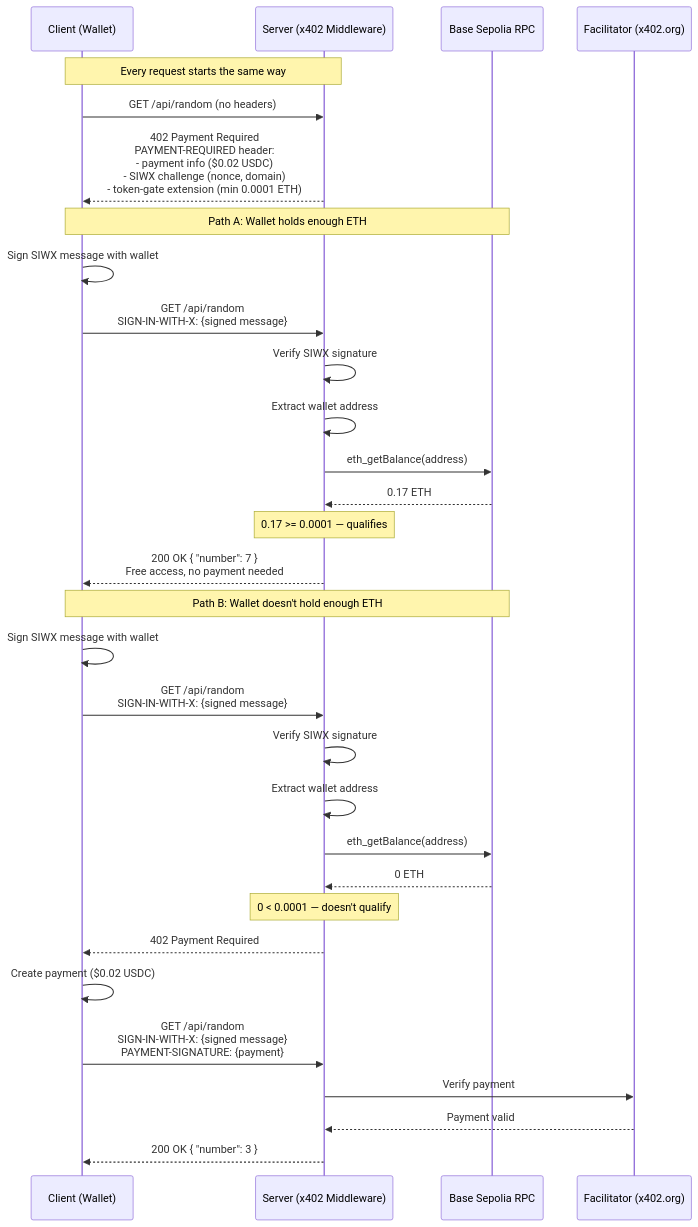
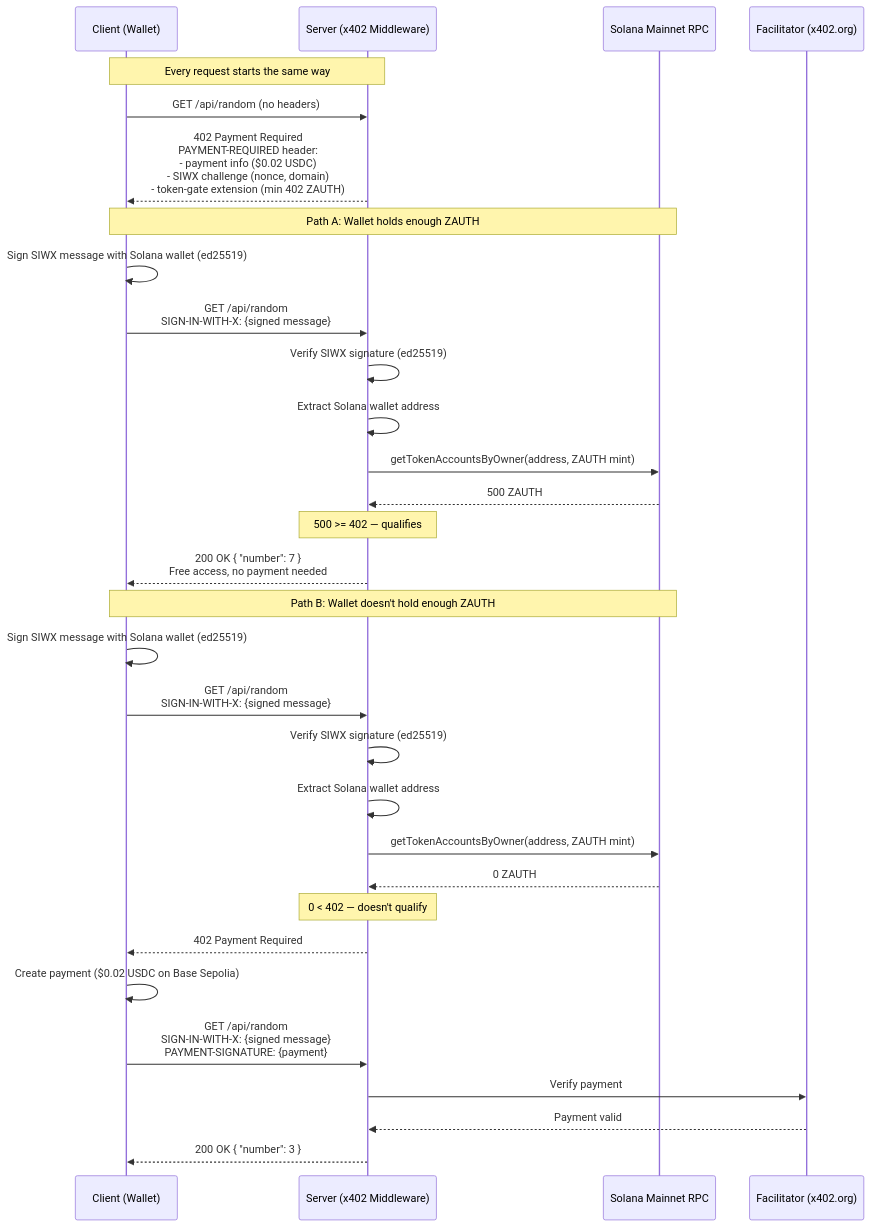
One commit to Must-be-Ash/siwx-token-gating changed the diagram in GUIDE.md. Above: the diagram before and after it, drawn with Mermaid. The commit also changed other lines of this file and 9 other files, not shown here.

````diff
--- a/GUIDE.md
+++ b/GUIDE.md
@@ -23,40 +23,40 @@
 ```mermaid
 sequenceDiagram
     participant C as Client (Wallet)
     participant S as Server (x402 Middleware)
-    participant R as Base Sepolia RPC
+    participant R as Solana Mainnet RPC
     participant F as Facilitator (x402.org)
 
     Note over C,S: Every request starts the same way
 
     C->>S: GET /api/random (no headers)
-    S-->>C: 402 Payment Required<br/>PAYMENT-REQUIRED header:<br/>- payment info ($0.02 USDC)<br/>- SIWX challenge (nonce, domain)<br/>- token-gate extension (min 0.0001 ETH)
+    S-->>C: 402 Payment Required<br/>PAYMENT-REQUIRED header:<br/>- payment info ($0.02 USDC)<br/>- SIWX challenge (nonce, domain)<br/>- token-gate extension (min 402 ZAUTH)
 
-    Note over C,R: Path A: Wallet holds enough ETH
+    Note over C,R: Path A: Wallet holds enough ZAUTH
 
-    C->>C: Sign SIWX message with wallet
+    C->>C: Sign SIWX message with Solana wallet (ed25519)
     C->>S: GET /api/random<br/>SIGN-IN-WITH-X: {signed message}
-    S->>S: Verify SIWX signature
-    S->>S: Extract wallet address
-    S->>R: eth_getBalance(address)
-    R-->>S: 0.17 ETH
-    Note over S: 0.17 >= 0.0001 — qualifies
+    S->>S: Verify SIWX signature (ed25519)
+    S->>S: Extract Solana wallet address
+    S->>R: getTokenAccountsByOwner(address, ZAUTH mint)
+    R-->>S: 500 ZAUTH
+    Note over S: 500 >= 402 — qualifies
     S-->>C: 200 OK { "number": 7 }<br/>Free access, no payment needed
 
-    Note over C,R: Path B: Wallet doesn't hold enough ETH
+    Note over C,R: Path B: Wallet doesn't hold enough ZAUTH
 
-    C->>C: Sign SIWX message with wallet
+    C->>C: Sign SIWX message with Solana wallet (ed25519)
     C->>S: GET /api/random<br/>SIGN-IN-WITH-X: {signed message}
-    S->>S: Verify SIWX signature
-    S->>S: Extract wallet address
-    S->>R: eth_getBalance(address)
-    R-->>S: 0 ETH
-    Note over S: 0 < 0.0001 — doesn't qualify
+    S->>S: Verify SIWX signature (ed25519)
+    S->>S: Extract Solana wallet address
+    S->>R: getTokenAccountsByOwner(address, ZAUTH mint)
+    R-->>S: 0 ZAUTH
+    Note over S: 0 < 402 — doesn't qualify
     S-->>C: 402 Payment Required
 
-    C->>C: Create payment ($0.02 USDC)
+    C->>C: Create payment ($0.02 USDC on Base Sepolia)
     C->>S: GET /api/random<br/>SIGN-IN-WITH-X: {signed message}<br/>PAYMENT-SIGNATURE: {payment}
     S->>F: Verify payment
     F-->>S: Payment valid
     S-->>C: 200 OK { "number": 3 }
 ```
````
